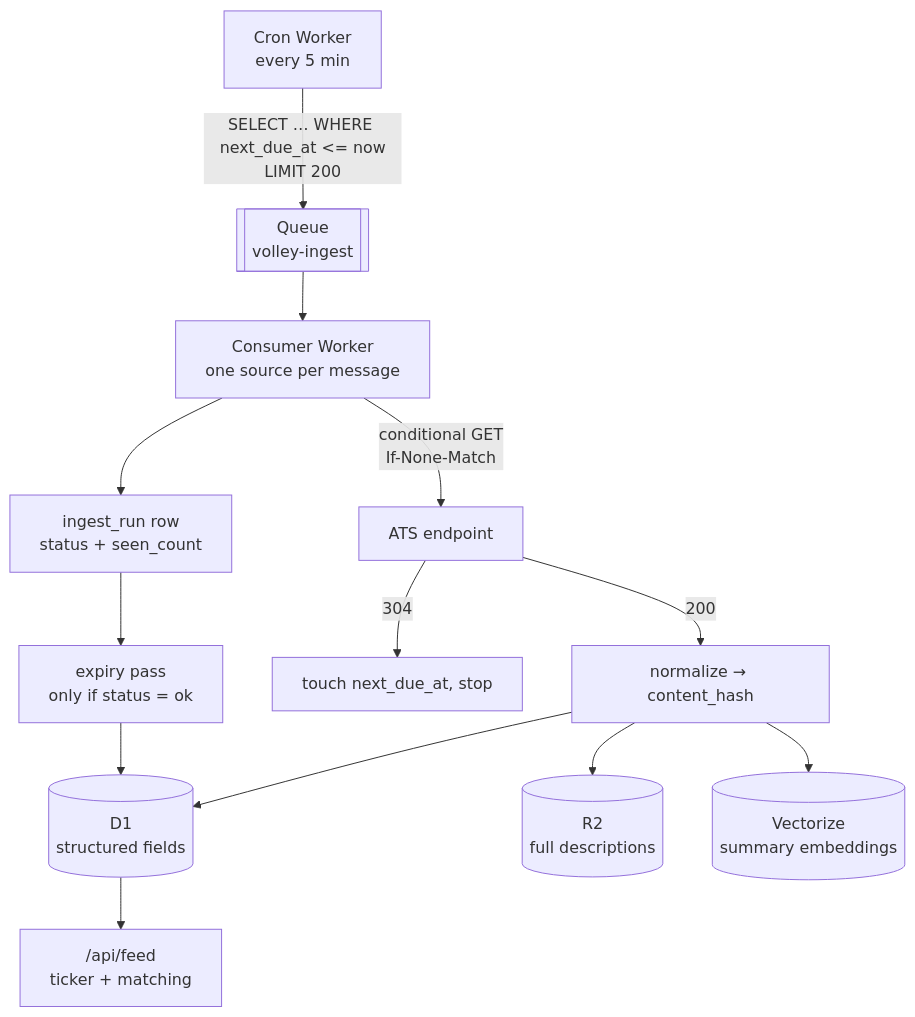
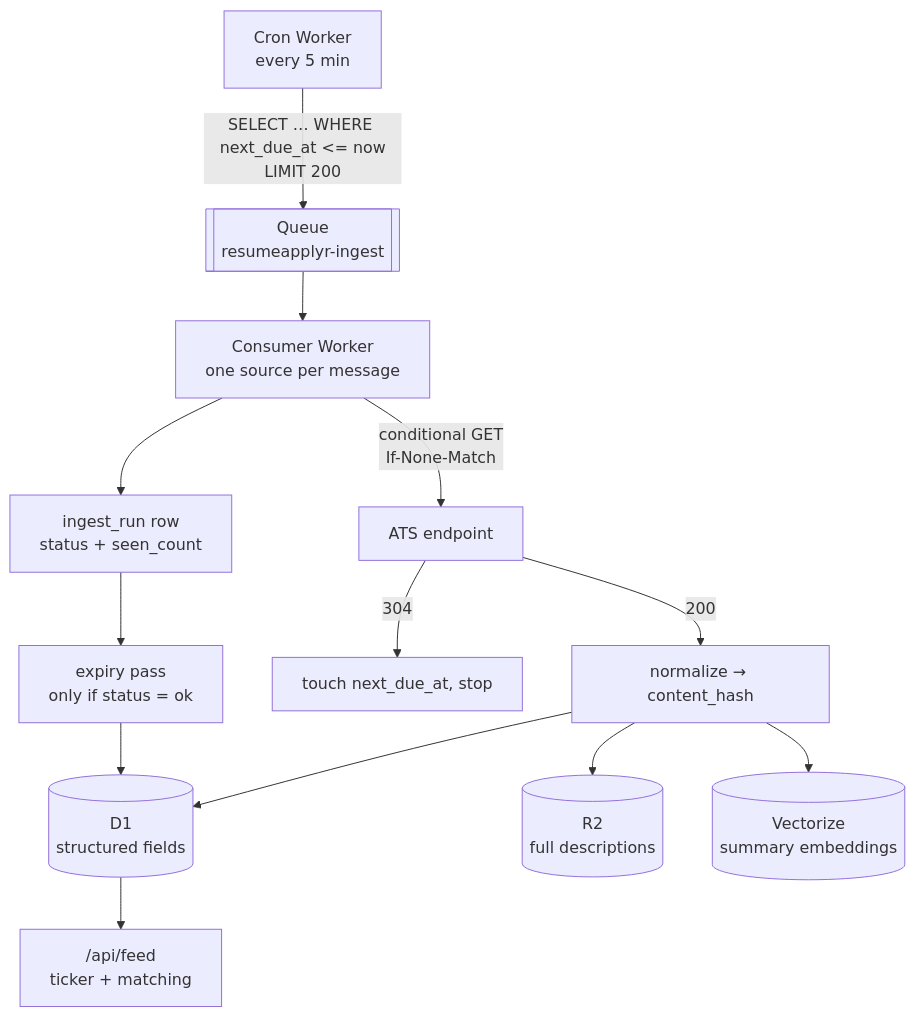
One commit to 22f3000804/resumeapplyr changed the diagram in docs/ingestion.md. Above: the diagram before and after it, drawn with Mermaid. The commit also changed 6 other files, not shown here.

````diff
--- a/docs/ingestion.md
+++ b/docs/ingestion.md
@@ -107,15 +107,15 @@
 ```mermaid
 flowchart TB
-  CRON["Cron Worker<br/>every 5 min"] -->|"SELECT … WHERE next_due_at &lt;= now<br/>LIMIT 200"| Q[["Queue<br/>volley-ingest"]]
+  CRON["Cron Worker<br/>every 5 min"] -->|"SELECT … WHERE next_due_at &lt;= now<br/>LIMIT 200"| Q[["Queue<br/>resumeapplyr-ingest"]]
   Q --> C["Consumer Worker<br/>one source per message"]
   C -->|"conditional GET<br/>If-None-Match"| API["ATS endpoint"]
   API -->|"200"| N["normalize → content_hash"]
   API -->|"304"| SKIP["touch next_due_at, stop"]
   N --> D1[("D1<br/>structured fields")]
   N --> R2[("R2<br/>full descriptions")]
   N --> VEC[("Vectorize<br/>summary embeddings")]
   C --> RUN["ingest_run row<br/>status + seen_count"]
   RUN --> EXP["expiry pass<br/>only if status = ok"]
   EXP --> D1
   D1 --> API2["/api/feed<br/>ticker + matching"]
 ```
````
